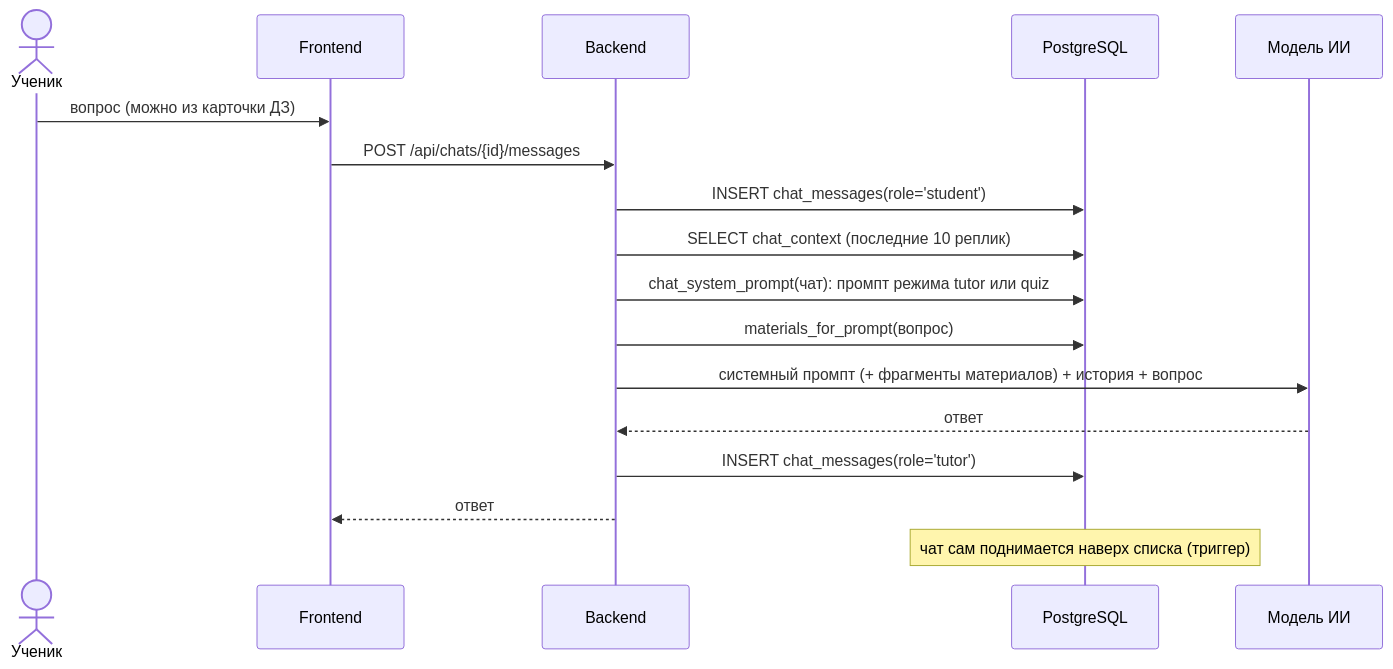
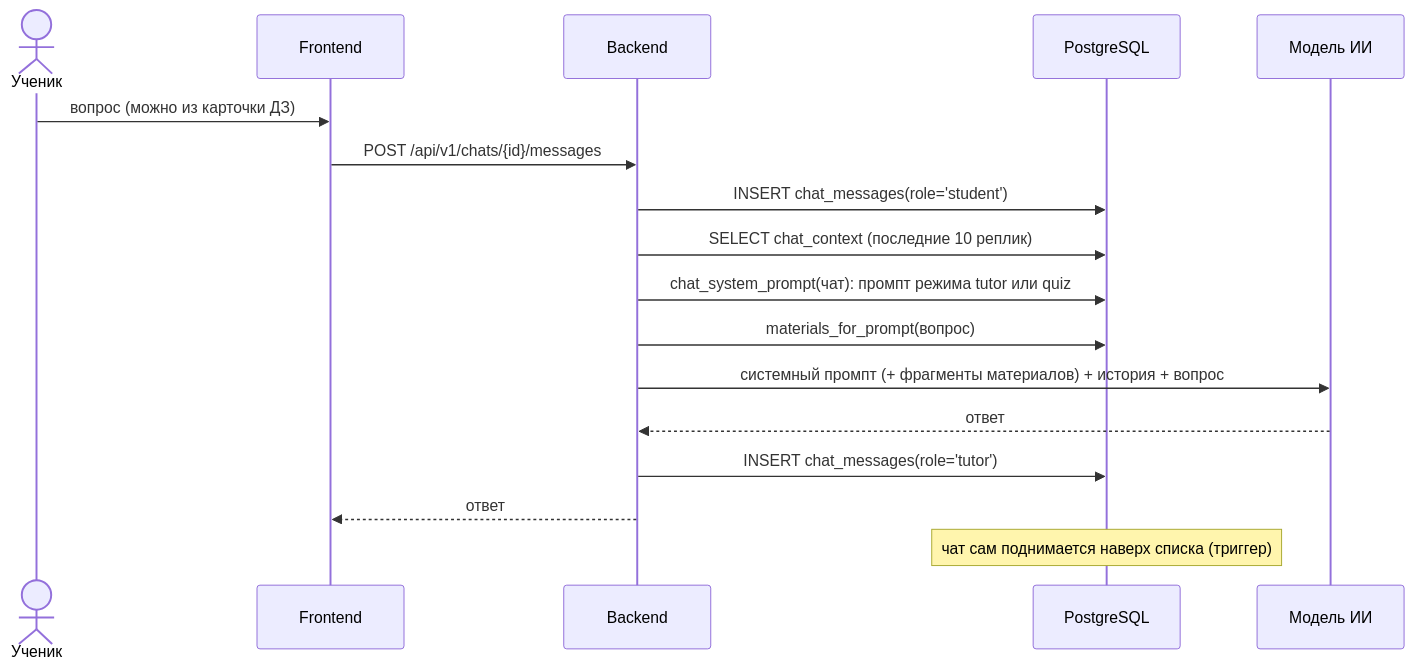
One commit to two-bits1/LekseRadar changed the fifth of 8 diagrams in docs/ARCHITECTURE.md. Above: the diagram before and after it, drawn with Mermaid. The commit also changed other lines of this file, not shown here.

First line of the commit message:
docs: ARCHITECTURE — пути /api/v1 как в бэкенде, убраны устаревшие эндпоинты

````diff
--- a/docs/ARCHITECTURE.md
+++ b/docs/ARCHITECTURE.md
@@ -122,19 +122,19 @@
 ```mermaid
 sequenceDiagram
     actor U as Ученик
     participant F as Frontend
     participant B as Backend
     participant D as PostgreSQL
     participant L as Модель ИИ
     U->>F: вопрос (можно из карточки ДЗ)
-    F->>B: POST /api/chats/{id}/messages
+    F->>B: POST /api/v1/chats/{id}/messages
     B->>D: INSERT chat_messages(role='student')
     B->>D: SELECT chat_context (последние 10 реплик)
     B->>D: chat_system_prompt(чат): промпт режима tutor или quiz
     B->>D: materials_for_prompt(вопрос)
     B->>L: системный промпт (+ фрагменты материалов) + история + вопрос
     L-->>B: ответ
     B->>D: INSERT chat_messages(role='tutor')
     B-->>F: ответ
     Note over D: чат сам поднимается наверх списка (триггер)
 ```
````
